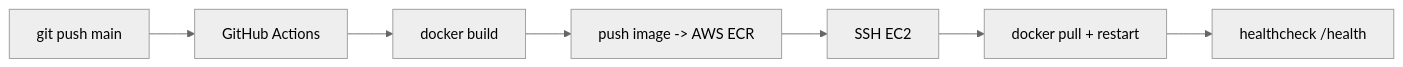
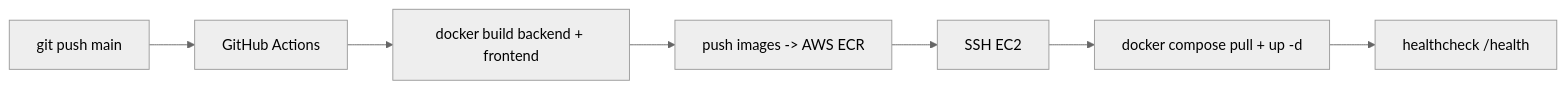
One commit to Nacir22/Full-Stack-Agentic-AI-Chatbot changed the diagram in docs/deployment-aws.md. Above: the diagram before and after it, drawn with Mermaid (neutral theme). The commit also changed other lines of this file and 4 other files, not shown here.

Commit message:
Phase 11: CI/CD GitHub Actions + déploiement AWS (ECR/EC2)

````diff
--- a/docs/deployment-aws.md
+++ b/docs/deployment-aws.md
@@ -7,9 +8,9 @@
 ```mermaid
 graph LR
     A[git push main] --> B[GitHub Actions]
-    B --> C[docker build]
-    C --> D[push image -> AWS ECR]
+    B --> C[docker build backend + frontend]
+    C --> D[push images -> AWS ECR]
     D --> E[SSH EC2]
-    E --> F[docker pull + restart]
+    E --> F[docker compose pull + up -d]
     F --> G[healthcheck /health]
 ```
````
